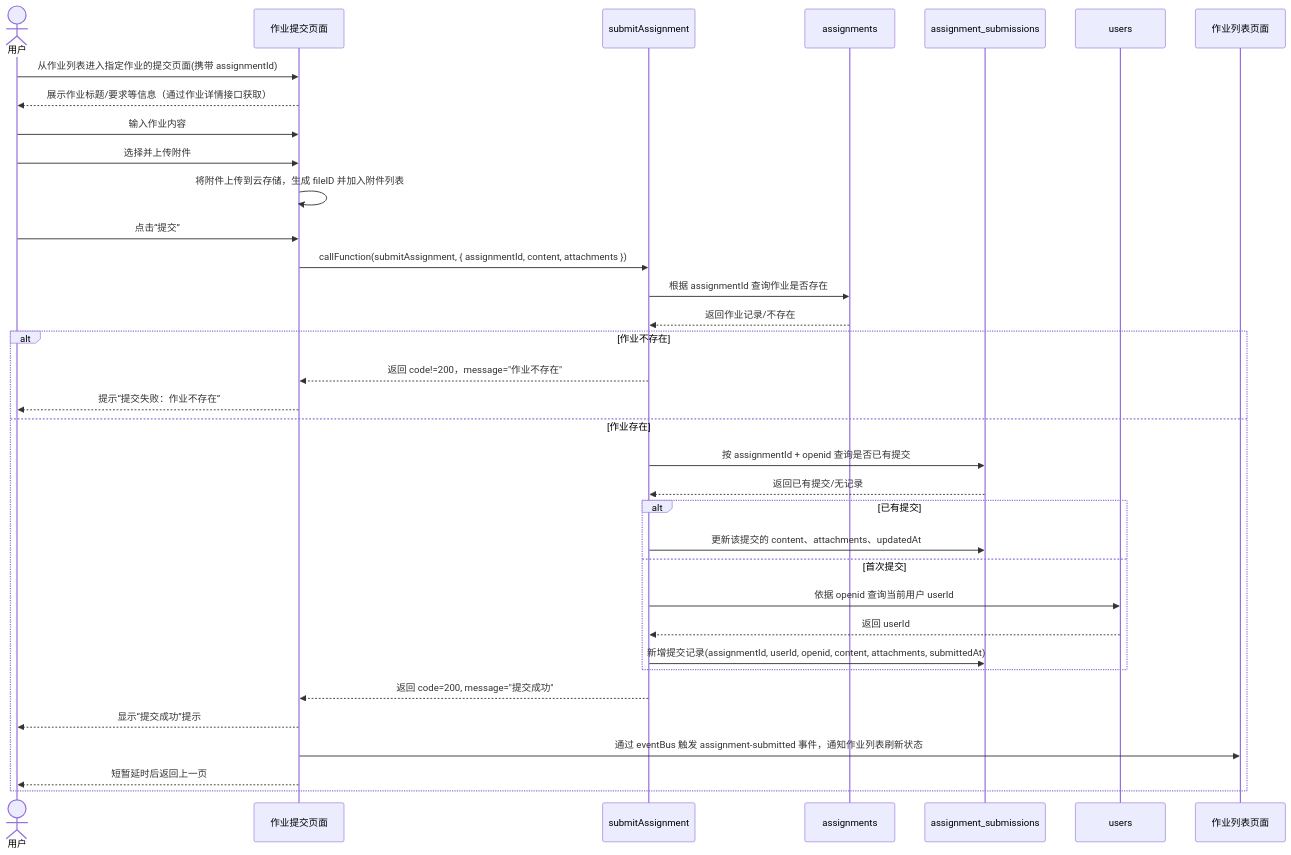
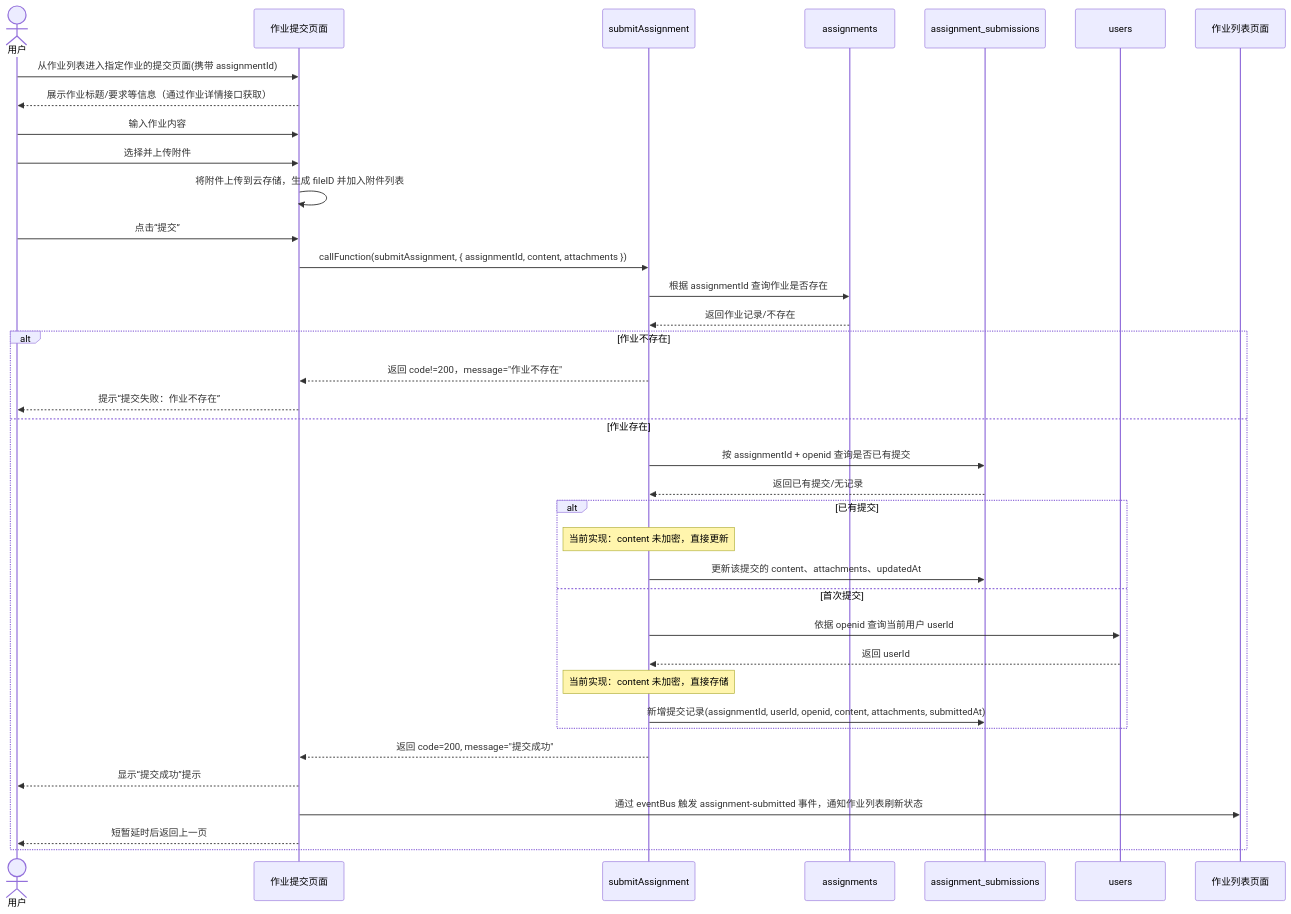
One commit to hanohano111/ClassInformationManagementSystem changed the seventh of 20 diagrams in 第三章 系统需求分析.md. Above: the diagram before and after it, drawn with Mermaid. The commit also changed other lines of this file and 28 other files, not shown here.

````diff
--- a/第三章 系统需求分析.md
+++ b/第三章 系统需求分析.md
@@ -452,44 +305,46 @@
 ```mermaid
 sequenceDiagram
     actor 用户
     participant 提交页 as 作业提交页面
     participant 云函数 as submitAssignment
     participant 作业表 as assignments
     participant 提交表 as assignment_submissions
     participant 用户表 as users
     participant 其他页 as 作业列表页面
 
     用户->>提交页: 从作业列表进入指定作业的提交页面(携带 assignmentId)
     提交页-->>用户: 展示作业标题/要求等信息（通过作业详情接口获取）
 
     用户->>提交页: 输入作业内容
     用户->>提交页: 选择并上传附件
     提交页->>提交页: 将附件上传到云存储，生成 fileID 并加入附件列表
 
     用户->>提交页: 点击“提交”
     提交页->>云函数: callFunction(submitAssignment, { assignmentId, content, attachments })
 
     云函数->>作业表: 根据 assignmentId 查询作业是否存在
     作业表-->>云函数: 返回作业记录/不存在
 
     alt 作业不存在
         云函数-->>提交页: 返回 code!=200，message="作业不存在"
         提交页-->>用户: 提示“提交失败：作业不存在”
     else 作业存在
         云函数->>提交表: 按 assignmentId + openid 查询是否已有提交
         提交表-->>云函数: 返回已有提交/无记录
 
         alt 已有提交
+            note over 云函数: 当前实现：content 未加密，直接更新
             云函数->>提交表: 更新该提交的 content、attachments、updatedAt
         else 首次提交
             云函数->>用户表: 依据 openid 查询当前用户 userId
             用户表-->>云函数: 返回 userId
+            note over 云函数: 当前实现：content 未加密，直接存储
             云函数->>提交表: 新增提交记录(assignmentId, userId, openid, content, attachments, submittedAt)
         end
 
         云函数-->>提交页: 返回 code=200, message="提交成功"
         提交页-->>用户: 显示“提交成功”提示
         提交页->>其他页: 通过 eventBus 触发 assignment-submitted 事件，通知作业列表刷新状态
         提交页-->>用户: 短暂延时后返回上一页
     end
 ```
````
